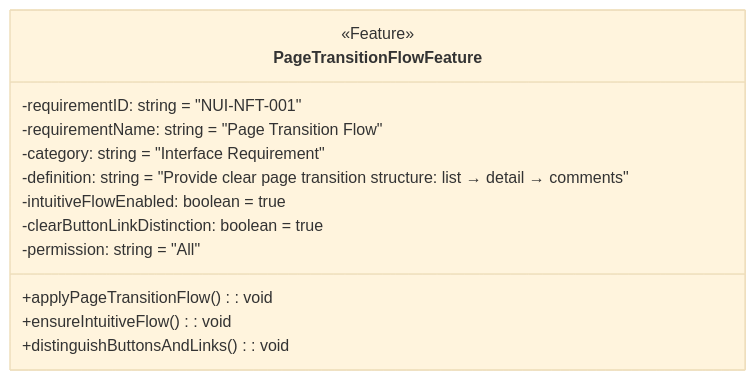
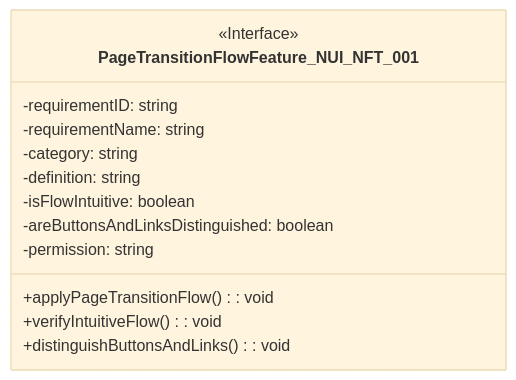
Diagram 18 of 32 in 1. Requirement Analysis/Software Requirements Specification.md (sun922/University-SoftwareDesign), drawn with Mermaid (base theme) before and after one commit. The commit also changed other lines of this file, not shown here.

````diff
--- a/1. Requirement Analysis/Software Requirements Specification.md
+++ b/1. Requirement Analysis/Software Requirements Specification.md
@@ -544,18 +547,18 @@
 ```mermaid
 classDiagram
-    class PageTransitionFlowFeature {
-        <<Feature>>
-        -requirementID: string = "NUI-NFT-001"
-        -requirementName: string = "Page Transition Flow"
-        -category: string = "Interface Requirement"
-        -definition: string = "Provide clear page transition structure: list → detail → comments"
-        -intuitiveFlowEnabled: boolean = true
-        -clearButtonLinkDistinction: boolean = true
-        -permission: string = "All"
+    class PageTransitionFlowFeature_NUI_NFT_001 {
+        <<Interface>>
+        -requirementID: string
+        -requirementName: string
+        -category: string
+        -definition: string
+        -isFlowIntuitive: boolean
+        -areButtonsAndLinksDistinguished: boolean
+        -permission: string
 
         +applyPageTransitionFlow(): void
-        +ensureIntuitiveFlow(): void
+        +verifyIntuitiveFlow(): void
         +distinguishButtonsAndLinks(): void
     }
 
 ```
````
